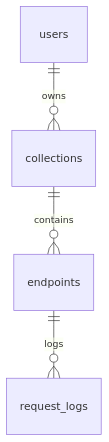
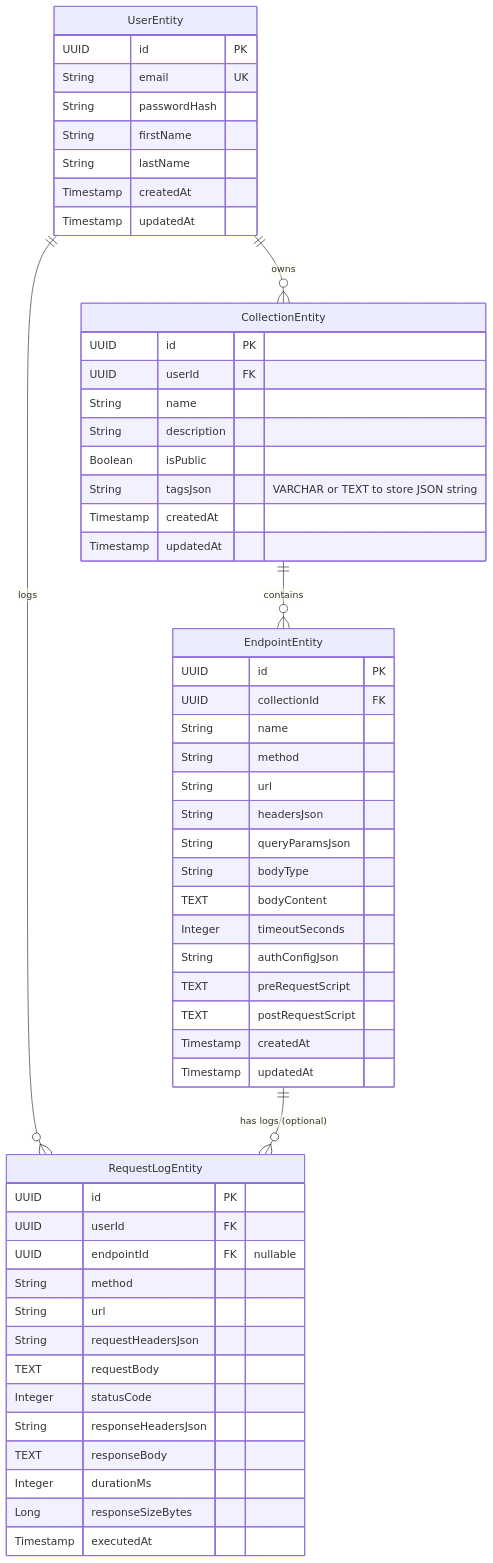
One commit to 0x3at/Postkid changed the second of 3 diagrams in docs/architecture/springboot.md. Above: the diagram before and after it, drawn with Mermaid. The commit also changed other lines of this file and 7 other files, not shown here.

First line of the commit message:
Docs: Finalize architecture and supporting documentation

````diff
--- a/docs/architecture/springboot.md
+++ b/docs/architecture/springboot.md
@@ -252,7 +300,64 @@
 }}%%
 
 erDiagram
-    users ||--o{ collections : owns
-    collections ||--o{ endpoints : contains
-    endpoints ||--o{ request_logs : logs
+    UserEntity {
+        UUID id PK
+        String email UK
+        String passwordHash
+        String firstName
+        String lastName
+        Timestamp createdAt
+        Timestamp updatedAt
+        %% Roles can be managed via Spring Security, potentially with a separate RoleEntity and UserRoles join table if complex
+    }
+
+    CollectionEntity {
+        UUID id PK
+        UUID userId FK
+        String name
+        String description
+        Boolean isPublic
+        String tagsJson "VARCHAR or TEXT to store JSON string"
+        Timestamp createdAt
+        Timestamp updatedAt
+    }
+
+    EndpointEntity {
+        UUID id PK
+        UUID collectionId FK
+        String name
+        String method
+        String url
+        String headersJson
+        String queryParamsJson
+        String bodyType
+        TEXT bodyContent
+        Integer timeoutSeconds
+        String authConfigJson
+        TEXT preRequestScript
+        TEXT postRequestScript
+        Timestamp createdAt
+        Timestamp updatedAt
+    }
+
+    RequestLogEntity {
+        UUID id PK
+        UUID userId FK
+        UUID endpointId FK "nullable"
+        String method
+        String url
+        String requestHeadersJson
+        TEXT requestBody
+        Integer statusCode
+        String responseHeadersJson
+        TEXT responseBody
+        Integer durationMs
+        Long responseSizeBytes
+        Timestamp executedAt
+    }
+
+    UserEntity ||--o{ CollectionEntity : "owns"
+    CollectionEntity ||--o{ EndpointEntity : "contains"
+    UserEntity ||--o{ RequestLogEntity : "logs"
+    EndpointEntity ||--o{ RequestLogEntity : "has logs (optional)"
 ```
````
